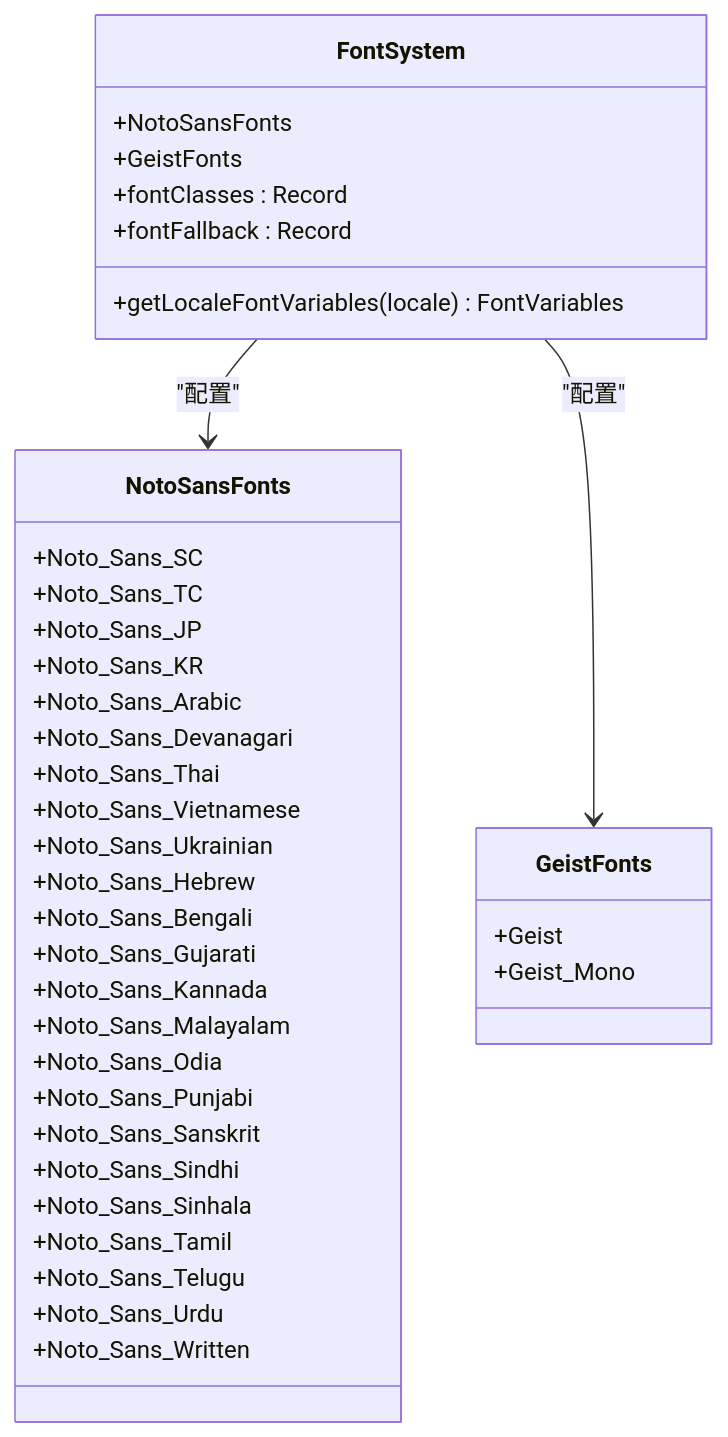
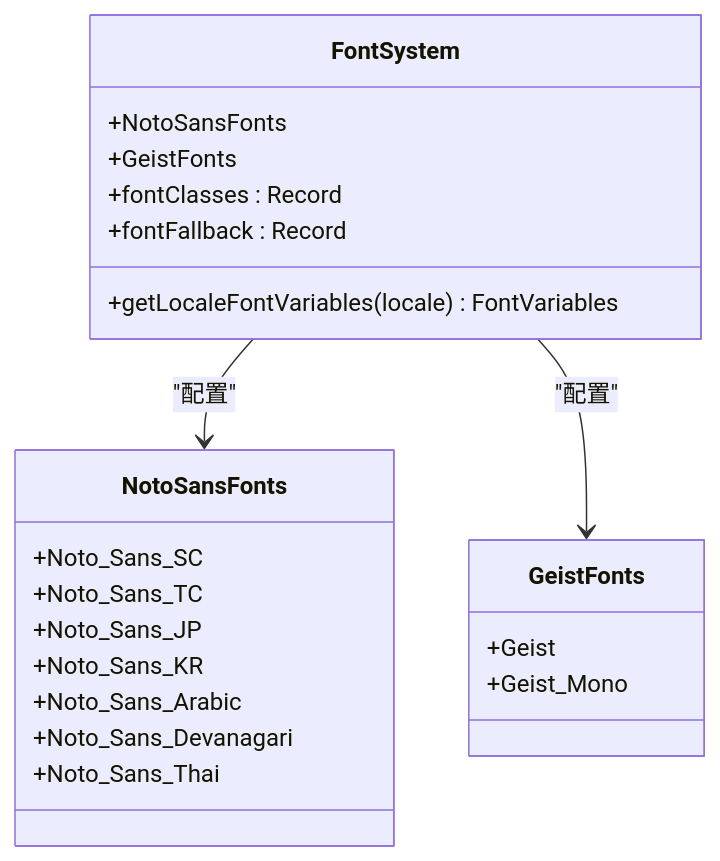
One commit to sgyy/privadeck changed the fourth of 12 diagrams in .qoder/repowiki/zh/content/技术架构/国际化系统.md. Above: the diagram before and after it, drawn with Mermaid. The commit also changed other lines of this file and 23 other files, not shown here.

````diff
--- a/.qoder/repowiki/zh/content/技术架构/国际化系统.md
+++ b/.qoder/repowiki/zh/content/技术架构/国际化系统.md
@@ -351,41 +259,25 @@
 ```mermaid
 classDiagram
 class FontSystem {
 +getLocaleFontVariables(locale) FontVariables
 +NotoSansFonts
 +GeistFonts
 +fontClasses : Record<Locale, string>
 +fontFallback : Record<Locale, string>
 }
 class NotoSansFonts {
 +Noto_Sans_SC
 +Noto_Sans_TC
 +Noto_Sans_JP
 +Noto_Sans_KR
 +Noto_Sans_Arabic
 +Noto_Sans_Devanagari
 +Noto_Sans_Thai
-+Noto_Sans_Vietnamese
-+Noto_Sans_Ukrainian
-+Noto_Sans_Hebrew
-+Noto_Sans_Bengali
-+Noto_Sans_Gujarati
-+Noto_Sans_Kannada
-+Noto_Sans_Malayalam
-+Noto_Sans_Odia
-+Noto_Sans_Punjabi
-+Noto_Sans_Sanskrit
-+Noto_Sans_Sindhi
-+Noto_Sans_Sinhala
-+Noto_Sans_Tamil
-+Noto_Sans_Telugu
-+Noto_Sans_Urdu
-+Noto_Sans_Written
 }
 class GeistFonts {
 +Geist
 +Geist_Mono
 }
 FontSystem --> NotoSansFonts : "配置"
 FontSystem --> GeistFonts : "配置"
 ```
````
